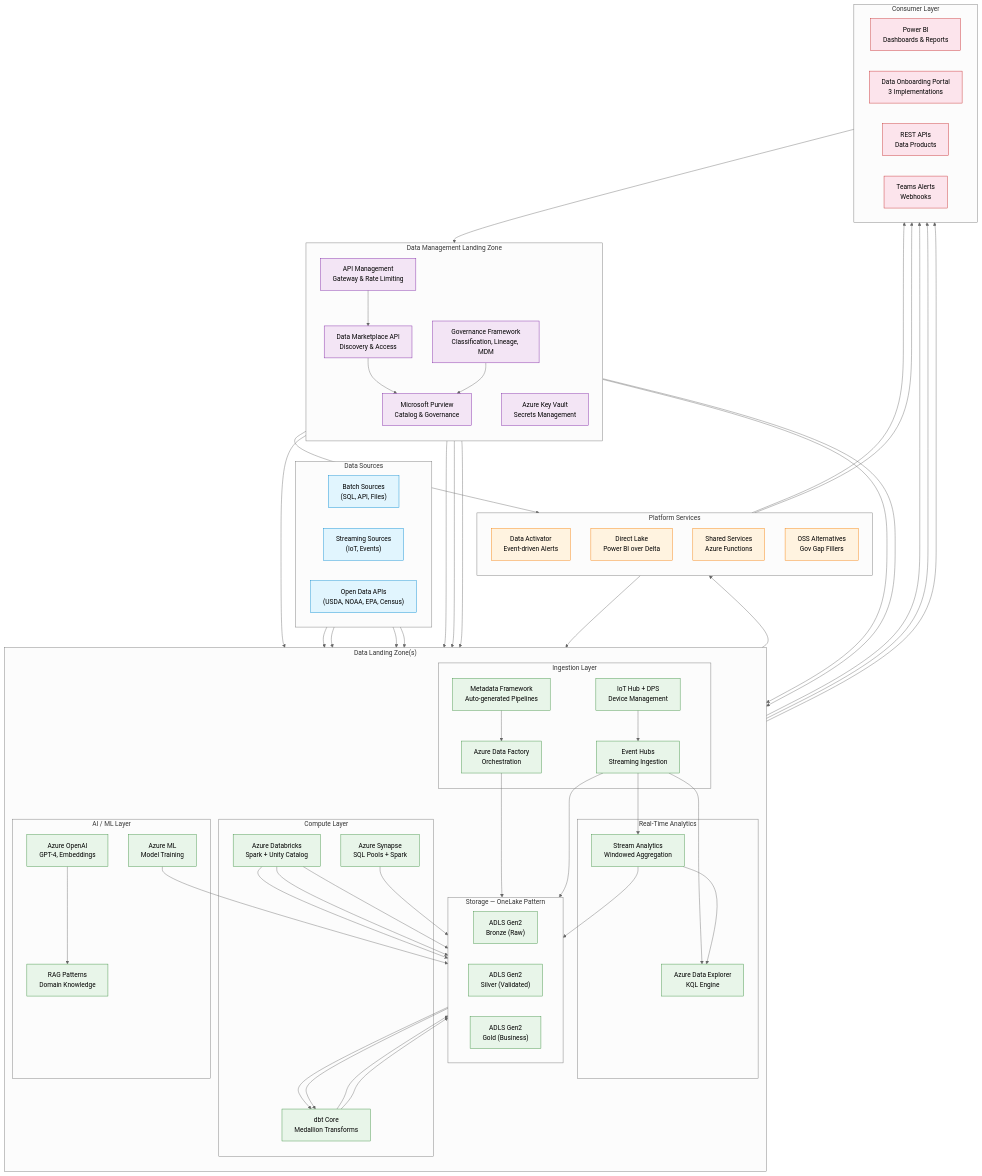
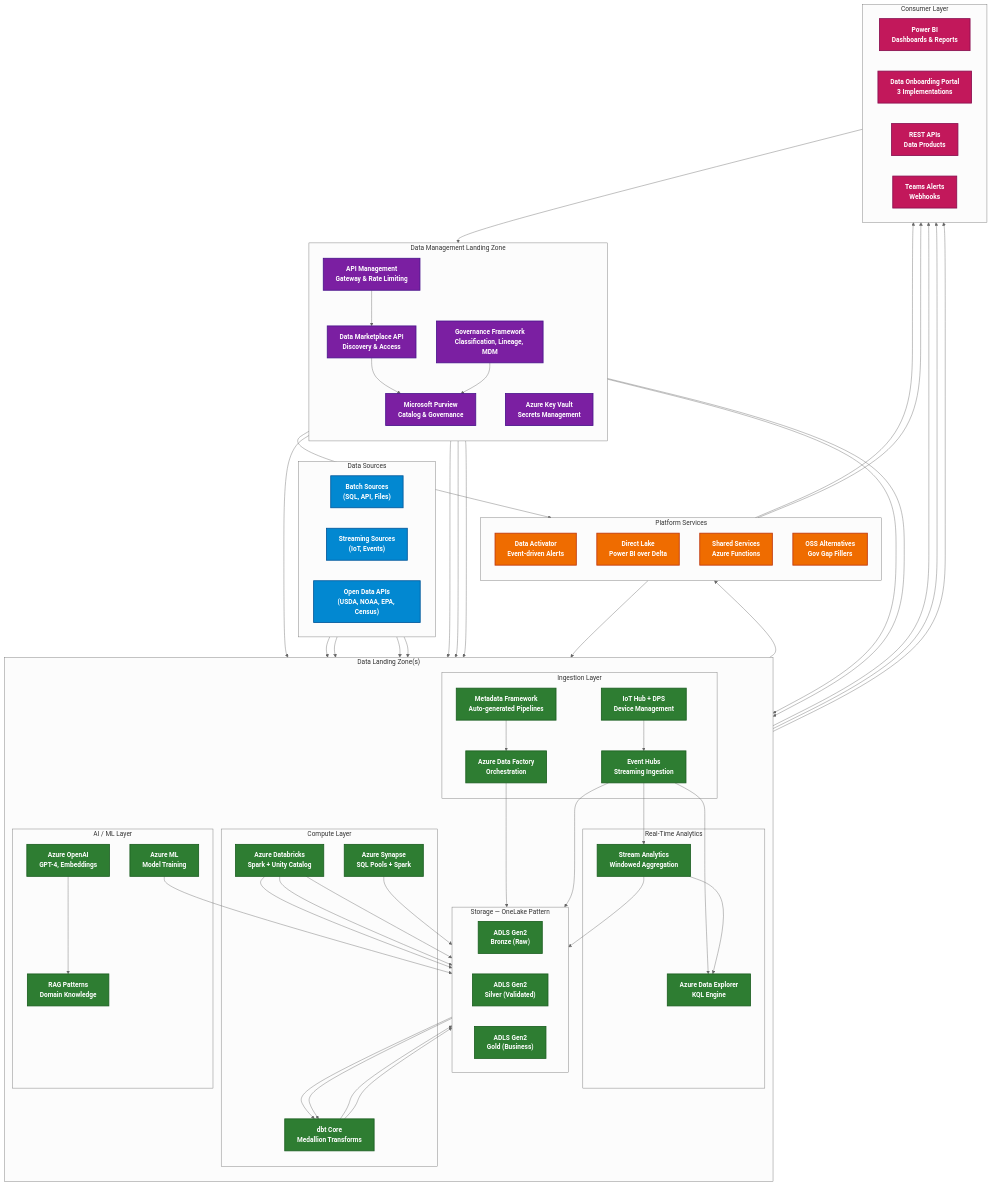
Before and after one commit to fgarofalo56/csa-inabox: the first of 4 diagrams in docs/ARCHITECTURE.md, drawn with Mermaid (neutral theme). The commit also changed 4 other files, not shown here.

First line of the commit message:
fix(docs): hero banners above H1, fix Mermaid dark-mode readability

```diff
--- a/docs/ARCHITECTURE.md
+++ b/docs/ARCHITECTURE.md
@@ -174,11 +174,11 @@
     KV --> SharedSvc
 
     %% ─── Styling ────────────────────────────────────────────────────
-    classDef source fill:#e1f5fe,stroke:#0288d1
-    classDef dmlz fill:#f3e5f5,stroke:#7b1fa2
-    classDef dlz fill:#e8f5e9,stroke:#388e3c
-    classDef platform fill:#fff3e0,stroke:#f57c00
-    classDef consumer fill:#fce4ec,stroke:#c62828
+    classDef source   fill:#0288d1,stroke:#01579b,color:#ffffff,stroke-width:2px,font-weight:bold
+    classDef dmlz     fill:#7b1fa2,stroke:#4a148c,color:#ffffff,stroke-width:2px,font-weight:bold
+    classDef dlz      fill:#2e7d32,stroke:#1b5e20,color:#ffffff,stroke-width:2px,font-weight:bold
+    classDef platform fill:#ef6c00,stroke:#bf360c,color:#ffffff,stroke-width:2px,font-weight:bold
+    classDef consumer fill:#c2185b,stroke:#880e4f,color:#ffffff,stroke-width:2px,font-weight:bold
 
     class Batch,Stream,OpenData source
     class Purview,KV,Marketplace,GovFramework,APIM dmlz
```
